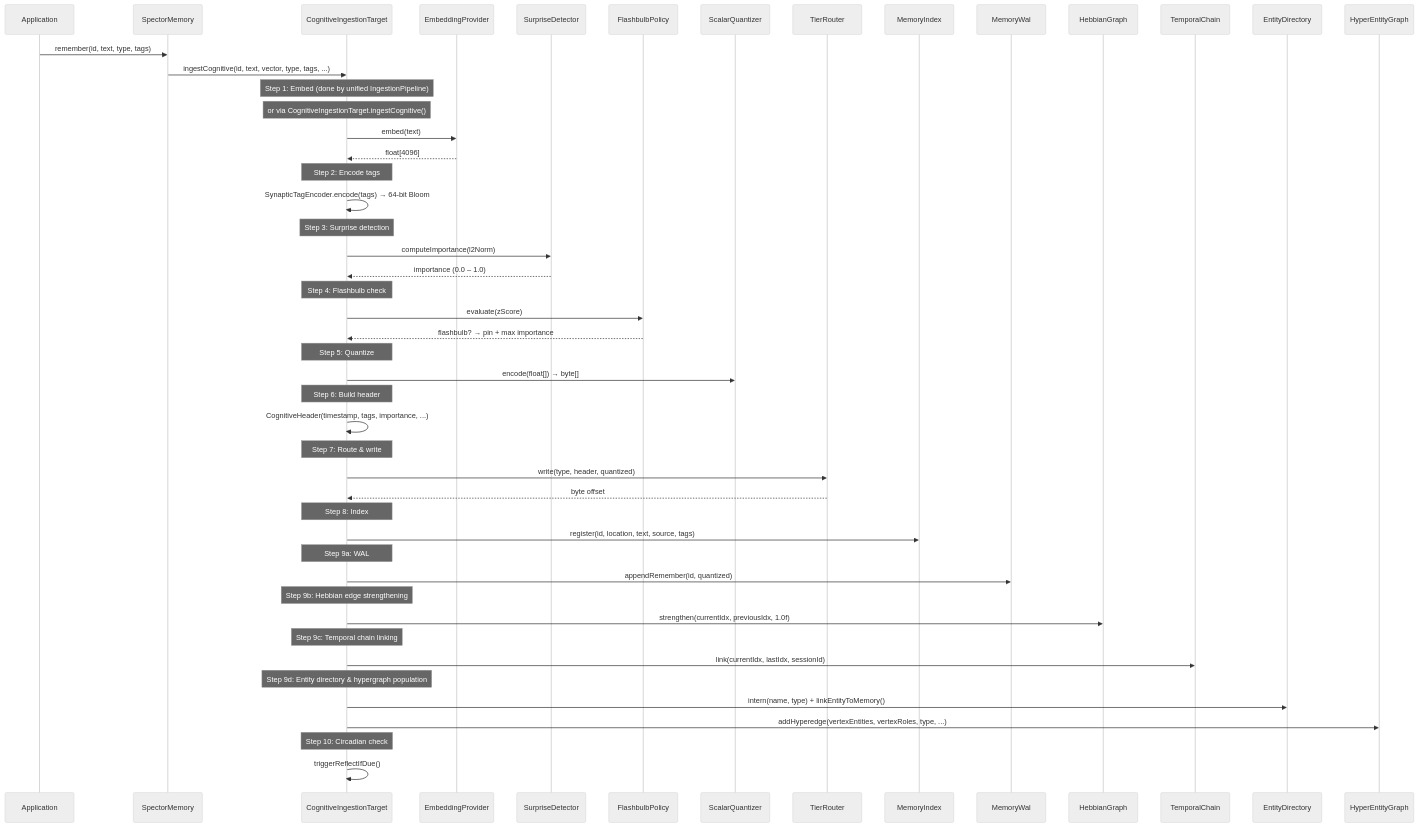
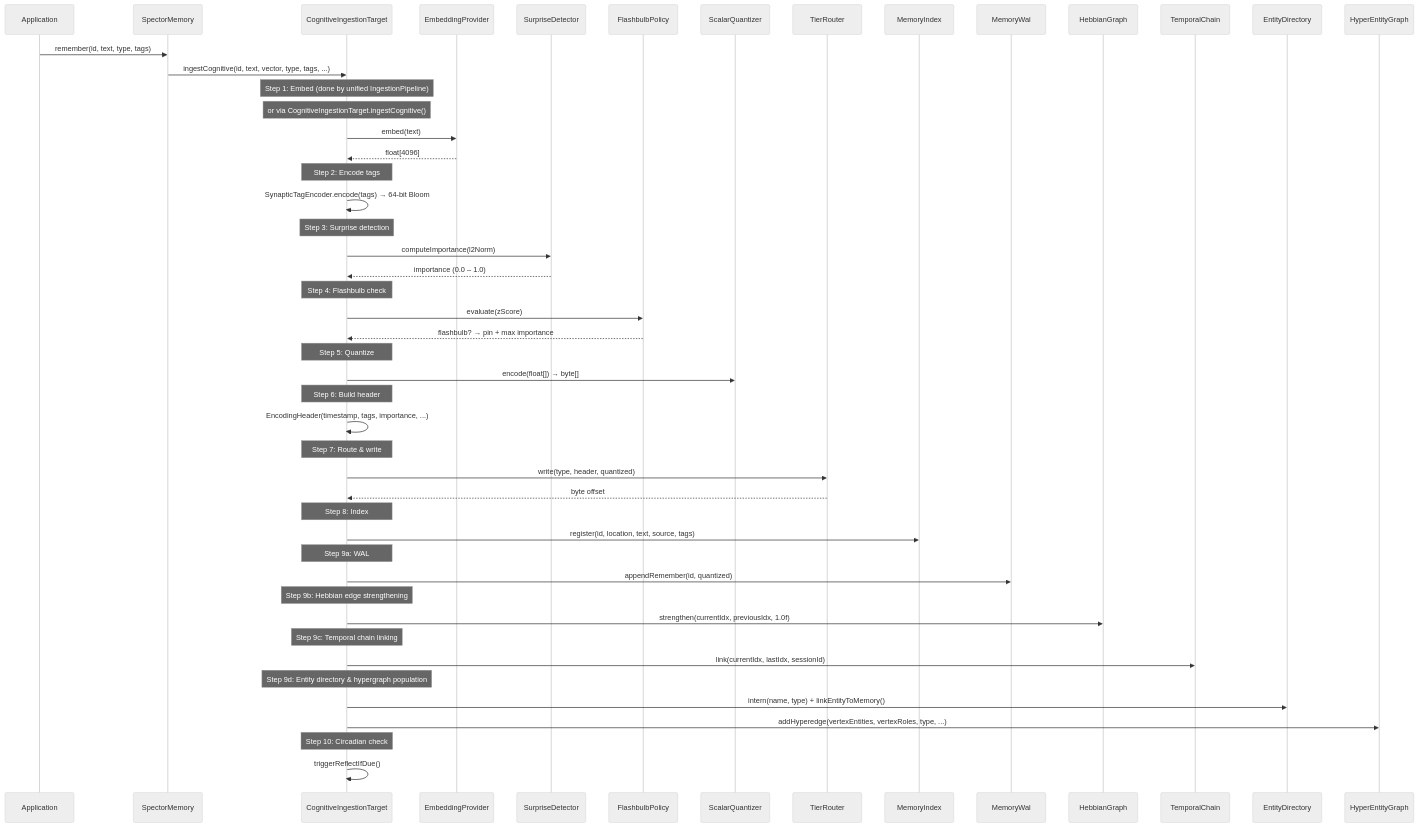
One commit to spectrayan/spector changed the first of 3 diagrams in docs/docs/memory/architecture.md. Above: the diagram before and after it, drawn with Mermaid (neutral theme). The commit also changed other lines of this file and 379 other files, not shown here.

First line of the commit message:
refactor(memory): unified engram encoding header architecture (ADR-0030) and header fork collapse (#750)

````diff
--- a/docs/docs/memory/architecture.md
+++ b/docs/docs/memory/architecture.md
@@ -31,65 +31,65 @@
 ```mermaid
 sequenceDiagram
     participant App as Application
     participant SM as SpectorMemory
     participant CT as CognitiveIngestionTarget
     participant EP as EmbeddingProvider
     participant SD as SurpriseDetector
     participant FP as FlashbulbPolicy
     participant SQ as ScalarQuantizer
     participant TR as TierRouter
     participant MI as MemoryIndex
     participant WAL as MemoryWal
     participant HG as HebbianGraph
     participant TC as TemporalChain
     participant ED as EntityDirectory
     participant HEG as HyperEntityGraph
 
     App->>SM: remember(id, text, type, tags)
     SM->>CT: ingestCognitive(id, text, vector, type, tags, ...)
     
     Note over CT: Step 1: Embed (done by unified IngestionPipeline)
     Note over CT: or via CognitiveIngestionTarget.ingestCognitive()
     CT->>EP: embed(text)
     EP-->>CT: float[4096]
     
     Note over CT: Step 2: Encode tags
     CT->>CT: SynapticTagEncoder.encode(tags) → 64-bit Bloom
     
     Note over CT: Step 3: Surprise detection
     CT->>SD: computeImportance(l2Norm)
     SD-->>CT: importance (0.0 – 1.0)
     
     Note over CT: Step 4: Flashbulb check
     CT->>FP: evaluate(zScore)
     FP-->>CT: flashbulb? → pin + max importance
     
     Note over CT: Step 5: Quantize
     CT->>SQ: encode(float[]) → byte[]
     
     Note over CT: Step 6: Build header
-    CT->>CT: CognitiveHeader(timestamp, tags, importance, ...)
+    CT->>CT: EncodingHeader(timestamp, tags, importance, ...)
     
     Note over CT: Step 7: Route & write
     CT->>TR: write(type, header, quantized)
     TR-->>CT: byte offset
     
     Note over CT: Step 8: Index
     CT->>MI: register(id, location, text, source, tags)
     
     Note over CT: Step 9a: WAL
     CT->>WAL: appendRemember(id, quantized)
     
     Note over CT: Step 9b: Hebbian edge strengthening
     CT->>HG: strengthen(currentIdx, previousIdx, 1.0f)
     
     Note over CT: Step 9c: Temporal chain linking
     CT->>TC: link(currentIdx, lastIdx, sessionId)
     
     Note over CT: Step 9d: Entity directory & hypergraph population
     CT->>ED: intern(name, type) + linkEntityToMemory()
     CT->>HEG: addHyperedge(vertexEntities, vertexRoles, type, ...)
     
     Note over CT: Step 10: Circadian check
     CT->>CT: triggerReflectIfDue()
 ```
````
